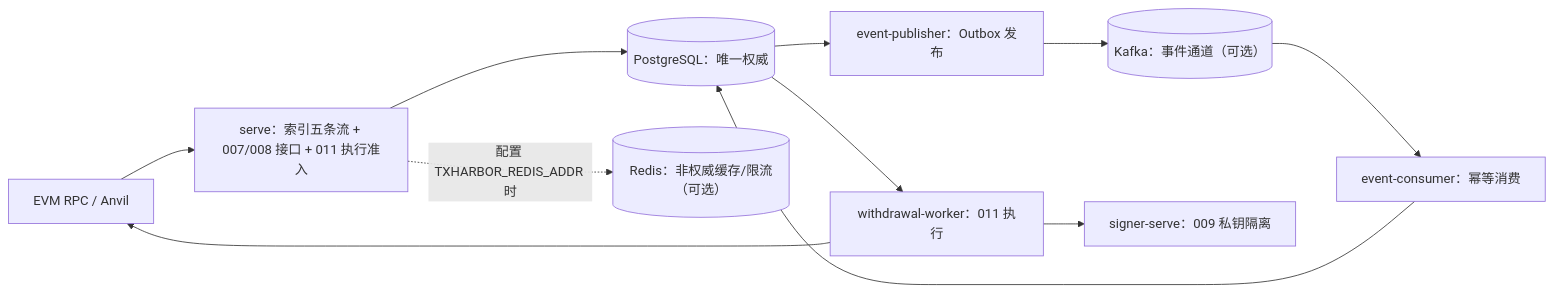
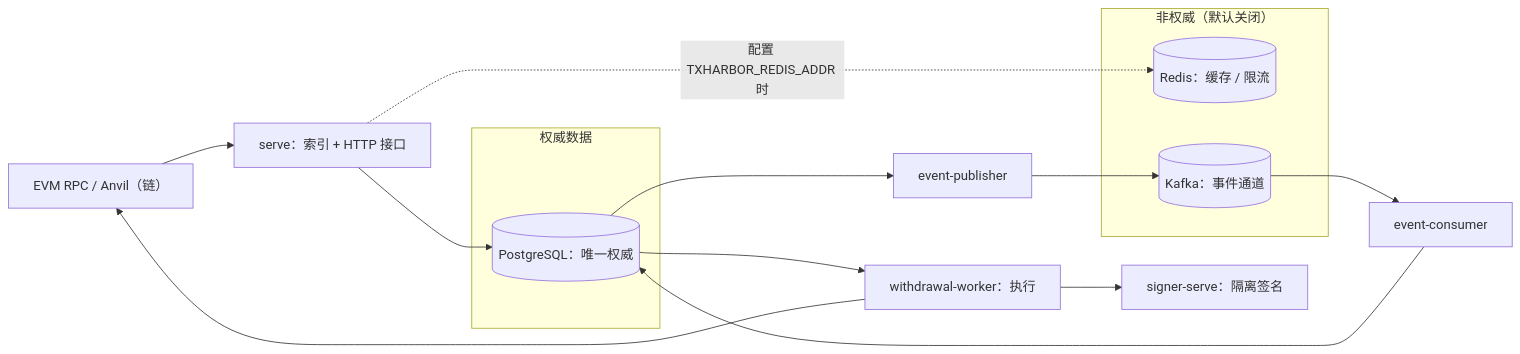
Before and after one commit to xtianxx/TxHarbor: the diagram in README.md, drawn with Mermaid. The commit also changed other lines of this file, not shown here.

````diff
--- a/README.md
+++ b/README.md
@@ -48,24 +44,27 @@
 ```mermaid
-%% 权威数据只在 PostgreSQL；Redis 不在 Outbox 投递链上（Kafka 才是事件通道）
 flowchart LR
-  chain["EVM RPC / Anvil"]
-  pg[("PostgreSQL：唯一权威")]
-  redis[("Redis：非权威缓存/限流（可选）")]
-  kafka[("Kafka：事件通道（可选）")]
-  serve["serve：索引五条流 + 007/008 接口 + 011 执行准入"]
-  signer["signer-serve：009 私钥隔离"]
-  worker["withdrawal-worker：011 执行"]
-  pub["event-publisher：Outbox 发布"]
-  cons["event-consumer：幂等消费"]
+  chain["EVM RPC / Anvil（链）"]
+  subgraph authority["权威数据"]
+    pg[("PostgreSQL：唯一权威")]
+  end
+  subgraph optional["非权威（默认关闭）"]
+    redis[("Redis：缓存 / 限流")]
+    kafka[("Kafka：事件通道")]
+  end
+  serve["serve：索引 + HTTP 接口"]
+  worker["withdrawal-worker：执行"]
+  signer["signer-serve：隔离签名"]
+  pub["event-publisher"]
+  cons["event-consumer"]
 
   chain --> serve
   serve --> pg
   pg --> worker
   worker --> signer
   worker --> chain
   pg --> pub
   pub --> kafka
   kafka --> cons
   cons --> pg
   serve -. "配置 TXHARBOR_REDIS_ADDR 时" .-> redis
 ```
````
